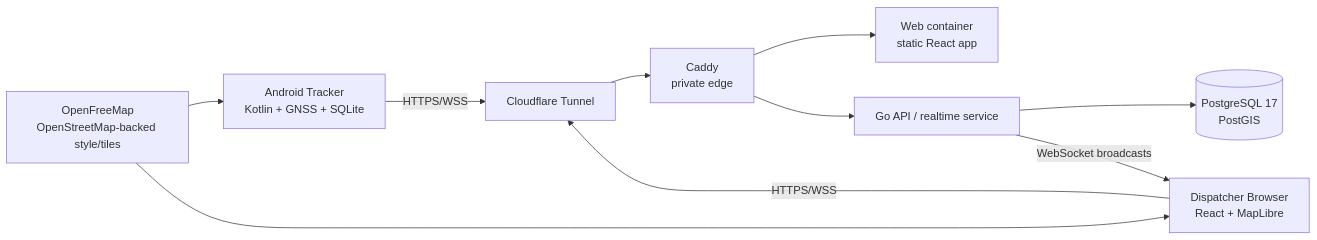
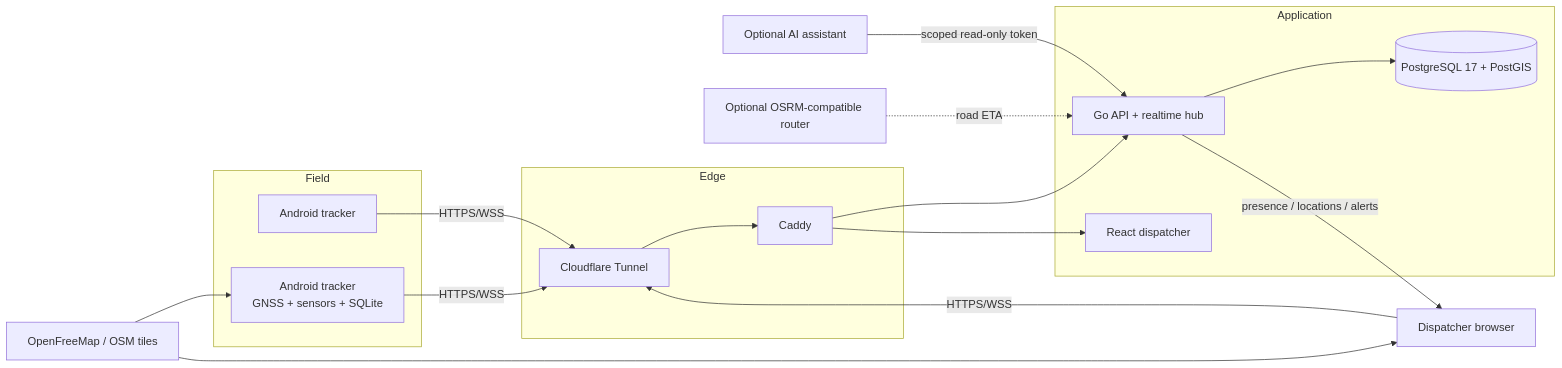
One commit to Jstarzz/ambulance-tracking changed the first of 12 diagrams in docs/ARCHITECTURE.md. Above: the diagram before and after it, drawn with Mermaid. The commit also changed other lines of this file, not shown here.

Commit message:
docs: expand architecture with provisioning MFA crash ETA AI and scale flows

````diff
--- a/docs/ARCHITECTURE.md
+++ b/docs/ARCHITECTURE.md
@@ -13,12 +22,32 @@
 ```mermaid
 flowchart LR
-    T[Android Tracker\nKotlin + GNSS + SQLite] -->|HTTPS/WSS| CF[Cloudflare Tunnel]
-    D[Dispatcher Browser\nReact + MapLibre] -->|HTTPS/WSS| CF
-    CF --> C[Caddy\nprivate edge]
-    C --> W[Web container\nstatic React app]
-    C --> A[Go API / realtime service]
-    A --> P[(PostgreSQL 17\nPostGIS)]
-    A -->|WebSocket broadcasts| D
-    M[OpenFreeMap\nOpenStreetMap-backed style/tiles] --> T
-    M --> D
+    subgraph Field
+      T1[Android tracker\nGNSS + sensors + SQLite]
+      T2[Android tracker]
+    end
+
+    subgraph Edge
+      CF[Cloudflare Tunnel]
+      C[Caddy]
+    end
+
+    subgraph Application
+      API[Go API + realtime hub]
+      WEB[React dispatcher]
+      DB[(PostgreSQL 17 + PostGIS)]
+    end
+
+    D[Dispatcher browser] -->|HTTPS/WSS| CF
+    T1 -->|HTTPS/WSS| CF
+    T2 -->|HTTPS/WSS| CF
+    CF --> C
+    C --> API
+    C --> WEB
+    API --> DB
+    API -->|presence / locations / alerts| D
+
+    MAP[OpenFreeMap / OSM tiles] --> D
+    MAP --> T1
+    ROUTER[Optional OSRM-compatible router] -. road ETA .-> API
+    AI[Optional AI assistant] -->|scoped read-only token| API
 ```
````
